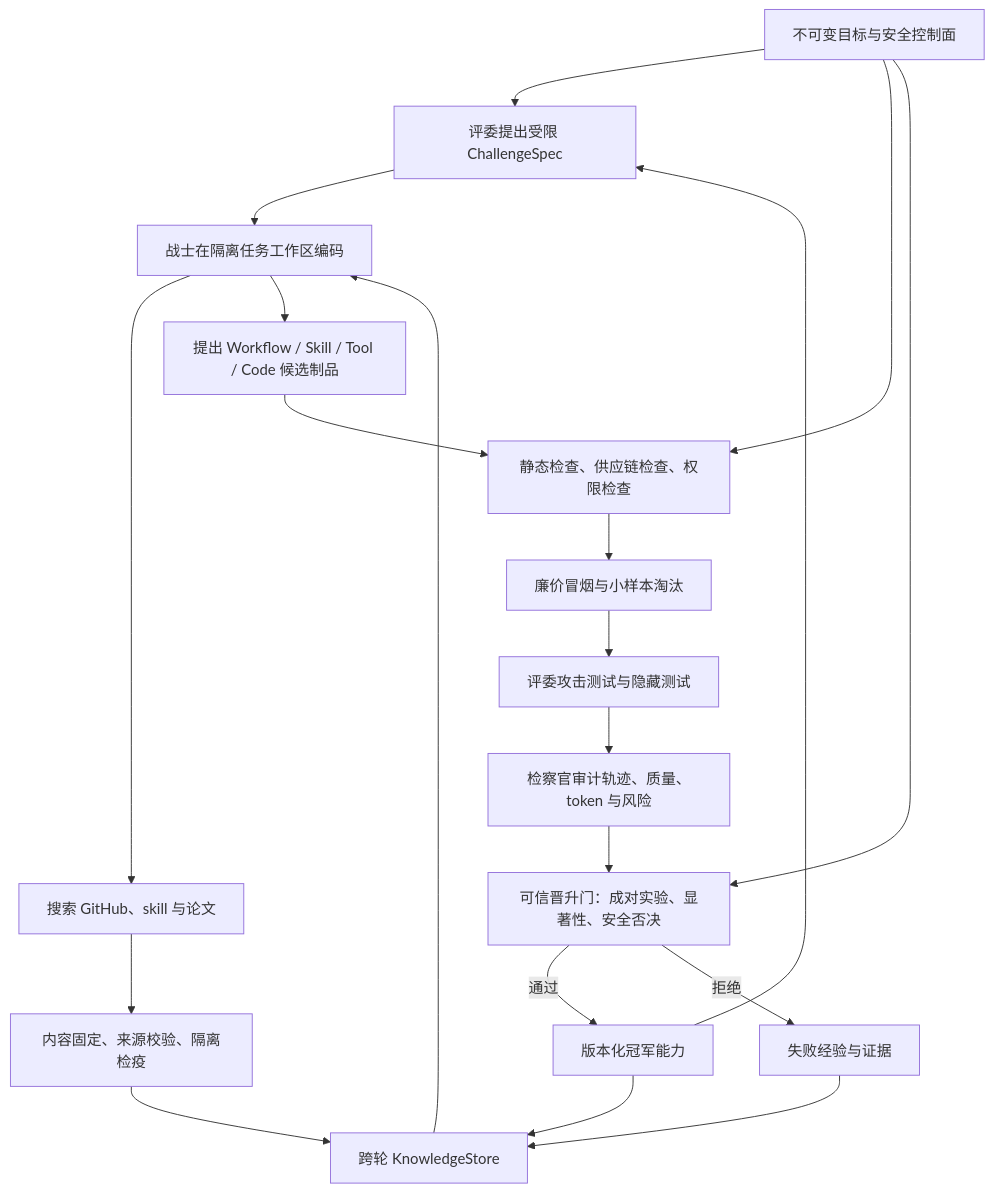
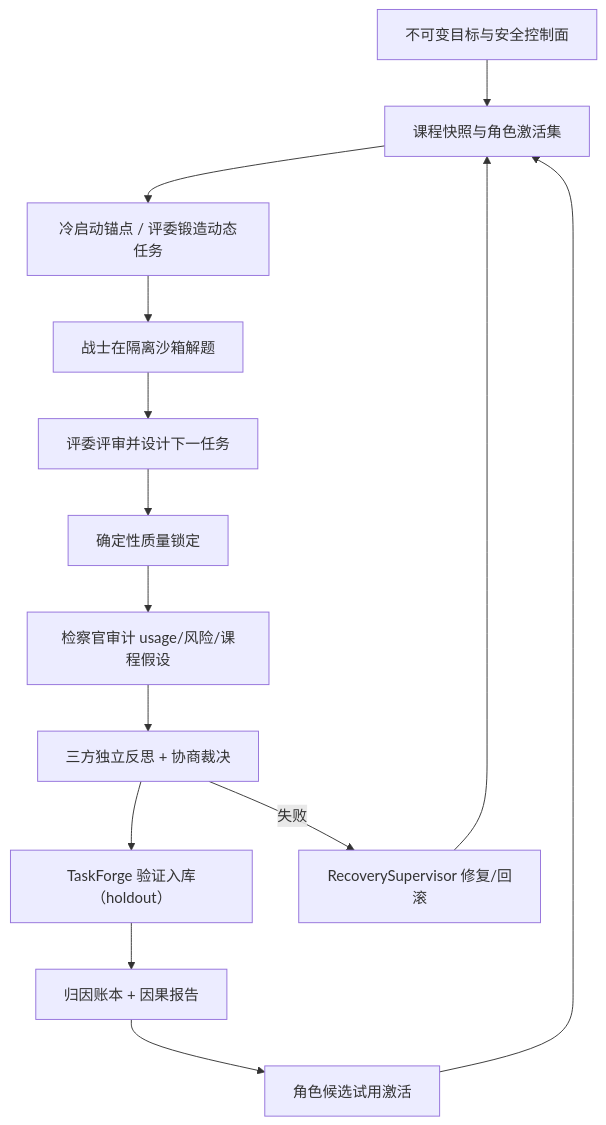
The diagram in docs/autonomous-evolution.md (Hab1nA/AEGIS), drawn with Mermaid before and after one commit. The commit also changed other lines of this file and 63 other files, not shown here.

````diff
--- a/docs/autonomous-evolution.md
+++ b/docs/autonomous-evolution.md
@@ -11,22 +13,16 @@
 ```mermaid
 flowchart TD
-    O["不可变目标与安全控制面"] --> T["评委提出受限 ChallengeSpec"]
-    T --> W["战士在隔离任务工作区编码"]
-    W --> R["搜索 GitHub、skill 与论文"]
-    R --> Q["内容固定、来源校验、隔离检疫"]
-    Q --> K["跨轮 KnowledgeStore"]
-    K --> W
-    W --> P["提出 Workflow / Skill / Tool / Code 候选制品"]
-    P --> S["静态检查、供应链检查、权限检查"]
-    S --> M["廉价冒烟与小样本淘汰"]
-    M --> J["评委攻击测试与隐藏测试"]
-    J --> X["检察官审计轨迹、质量、token 与风险"]
-    X --> G["可信晋升门：成对实验、显著性、安全否决"]
-    G -->|"通过"| C["版本化冠军能力"]
-    G -->|"拒绝"| F["失败经验与证据"]
-    C --> K
-    F --> K
-    C --> T
-    O --> S
-    O --> G
+    O["不可变目标与安全控制面"] --> S["课程快照与角色激活集"]
+    S --> A["冷启动锚点 / 评委锻造动态任务"]
+    A --> W["战士在隔离沙箱解题"]
+    W --> J["评委评审并设计下一任务"]
+    J --> Q["确定性质量锁定"]
+    Q --> P["检察官审计 usage/风险/课程假设"]
+    P --> C["三方独立反思 + 协商裁决"]
+    C --> F["TaskForge 验证入库（holdout）"]
+    F --> G["归因账本 + 因果报告"]
+    G --> R["角色候选试用激活"]
+    R --> S
+    C -->|失败| X["RecoverySupervisor 修复/回滚"]
+    X --> S
 ```
````
